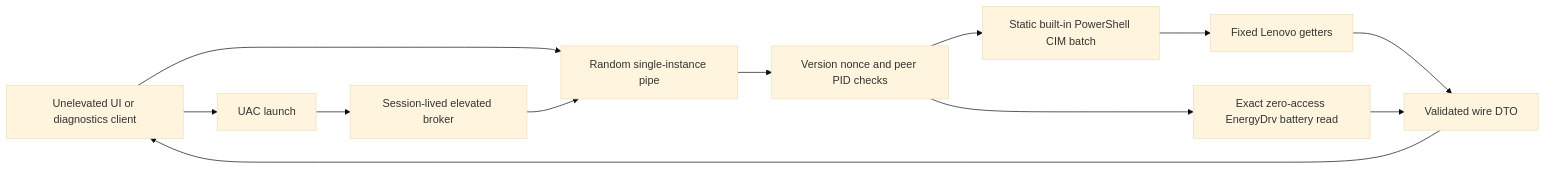
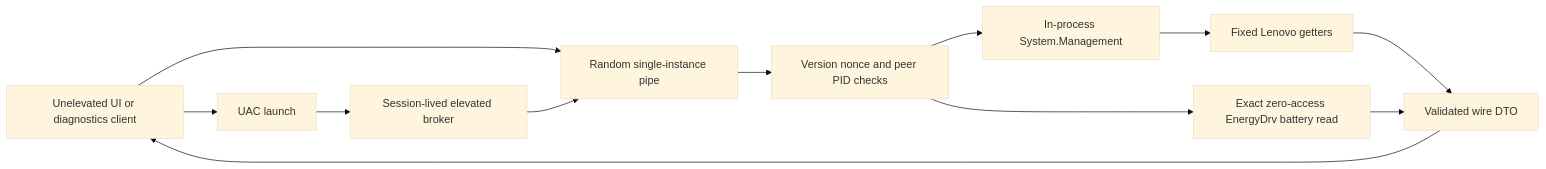
One commit to Anandb71/Legion-LOQ-control changed the fourth of 7 diagrams in docs/ARCHITECTURE.md. Above: the diagram before and after it, drawn with Mermaid (base theme). The commit also changed other lines of this file and 11 other files, not shown here.

First line of the commit message:
fix: call Lenovo WMI in-process instead of PowerShell

````diff
--- a/docs/ARCHITECTURE.md
+++ b/docs/ARCHITECTURE.md
@@ -112,14 +112,14 @@
 ```mermaid
 flowchart LR
     Client[Unelevated UI or diagnostics client] --> Pipe[Random single-instance pipe]
     Client --> Uac[UAC launch]
     Uac --> Broker[Session-lived elevated broker]
     Broker --> Pipe
     Pipe --> Validate[Version nonce and peer PID checks]
-    Validate --> CimBatch[Static built-in PowerShell CIM batch]
+    Validate --> CimBatch[In-process System.Management]
     Validate --> EnergyRead[Exact zero-access EnergyDrv battery read]
     CimBatch --> Getters[Fixed Lenovo getters]
     Getters --> Wire[Validated wire DTO]
     EnergyRead --> Wire
     Wire --> Client
 ```
````
